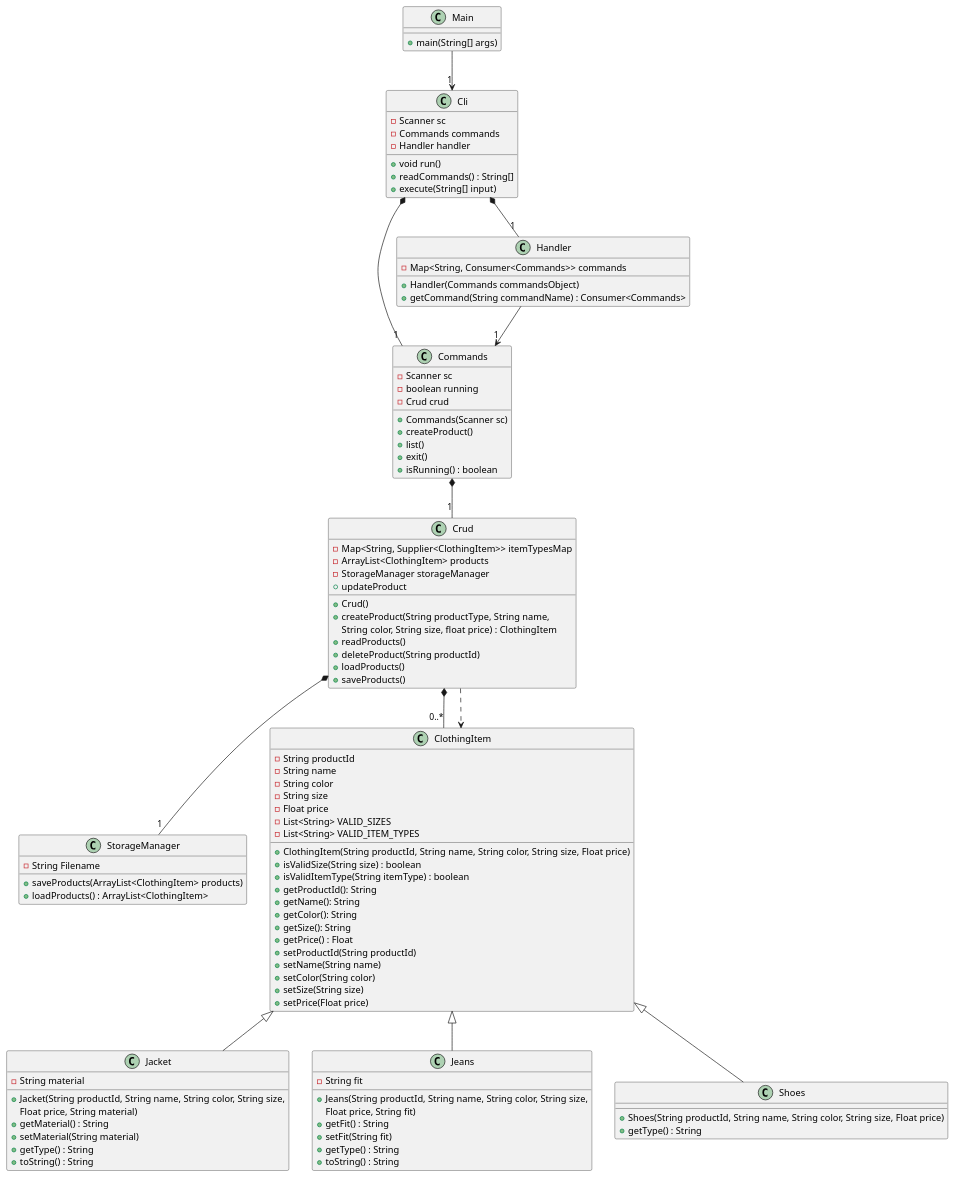
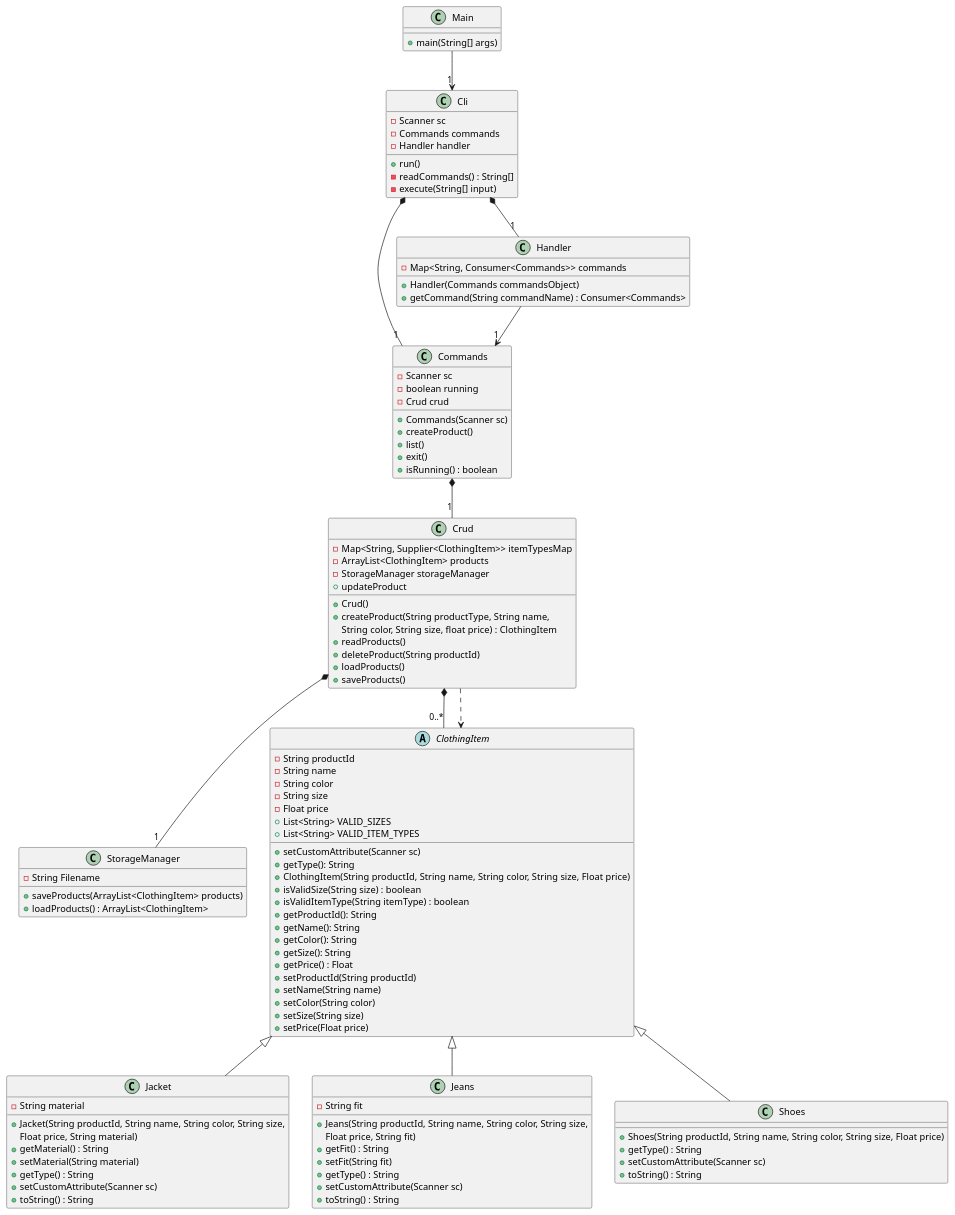
The diagram in docs/diagram.puml (KhalidCEU/proyecto1), drawn with PlantUML before and after one commit. The commit also changed 2 other files, not shown here.

Commit message:
fix(docs): update UML diagram and XMI file
Fixed some access modifiers in the puml file and updated the XMI. Also set Cli.readCommands() to private since it's only used inside the class

```diff
--- a/docs/diagram.puml
+++ b/docs/diagram.puml
@@ -1,119 +1,125 @@
 @startuml
 
 class Main {
     +main(String[] args)
 }
 
 class Cli {
     -Scanner sc
     -Commands commands
     -Handler handler
-    +void run()
-    +readCommands() : String[]
-    +execute(String[] input)
+    +run()
+    -readCommands() : String[]
+    -execute(String[] input)
 }
 
 class Commands {
     -Scanner sc
     -boolean running
     -Crud crud
     +Commands(Scanner sc)
     +createProduct()
     +list()
     +exit()
     +isRunning() : boolean
 }
 
 class Handler {
     -Map<String, Consumer<Commands>> commands
     +Handler(Commands commandsObject)
     +getCommand(String commandName) : Consumer<Commands>
 }
 
 class Crud {
     -Map<String, Supplier<ClothingItem>> itemTypesMap
     -ArrayList<ClothingItem> products
     -StorageManager storageManager
     +Crud()
     +createProduct(String productType, String name,
         String color, String size, float price) : ClothingItem
     +readProducts()
     +updateProduct
     +deleteProduct(String productId)
     +loadProducts()
     +saveProducts()
 }
 
 class StorageManager{
     -String Filename
     +saveProducts(ArrayList<ClothingItem> products)
     +loadProducts() : ArrayList<ClothingItem>
 }
 
-class ClothingItem {
+abstract class ClothingItem {
     -String productId
     -String name
     -String color
     -String size
     -Float price
-    -List<String> VALID_SIZES
-    -List<String> VALID_ITEM_TYPES
+    +setCustomAttribute(Scanner sc)
+    +getType(): String
+    +List<String> VALID_SIZES
+    +List<String> VALID_ITEM_TYPES
     +ClothingItem(String productId, String name, String color, String size, Float price)
     +isValidSize(String size) : boolean
     +isValidItemType(String itemType) : boolean
     +getProductId(): String
     +getName(): String
     +getColor(): String
     +getSize(): String
     +getPrice() : Float
     +setProductId(String productId)
     +setName(String name)
     +setColor(String color)
     +setSize(String size)
     +setPrice(Float price)
 }
 
 
 class Jacket {
     -String material
     +Jacket(String productId, String name, String color, String size,
         Float price, String material)
     +getMaterial() : String
     +setMaterial(String material)
     +getType() : String
+    +setCustomAttribute(Scanner sc)
     +toString() : String
 }
 
 class Jeans {
     -String fit
     +Jeans(String productId, String name, String color, String size,
         Float price, String fit)
     +getFit() : String
     +setFit(String fit)
     +getType() : String
+    +setCustomAttribute(Scanner sc)
     +toString() : String
 }
 
 class Shoes {
     +Shoes(String productId, String name, String color, String size, Float price)
     +getType() : String
+    +setCustomAttribute(Scanner sc)
+    +toString() : String
 }
 
 Main --> "1" Cli
 
 Cli *-- "1" Handler
 Cli *-- "1" Commands
 
 Commands *-- "1" Crud
 
 Handler --> "1" Commands
 
 Crud *-- "1" StorageManager
 Crud *-- "0..*" ClothingItem
 Crud ..> ClothingItem
 
 ClothingItem <|-- Jacket
 ClothingItem <|-- Jeans
 ClothingItem <|-- Shoes
 
 @enduml
```
